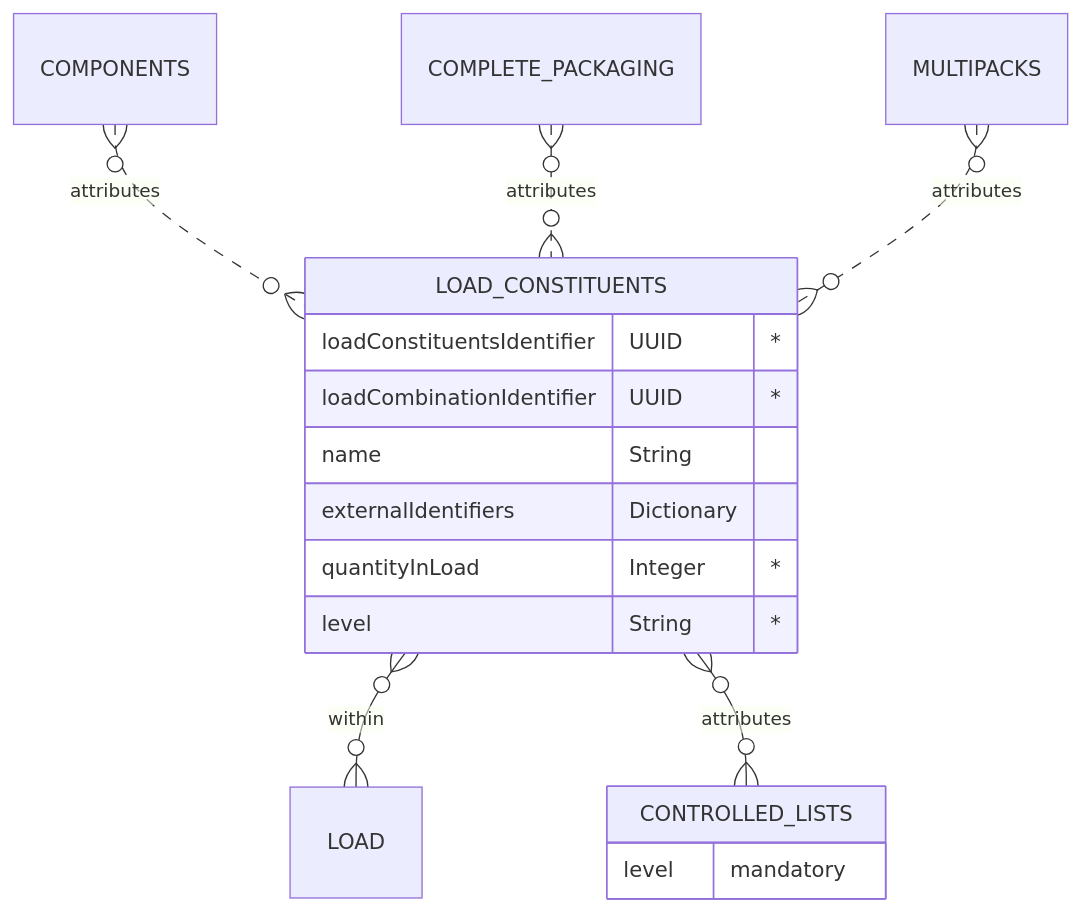
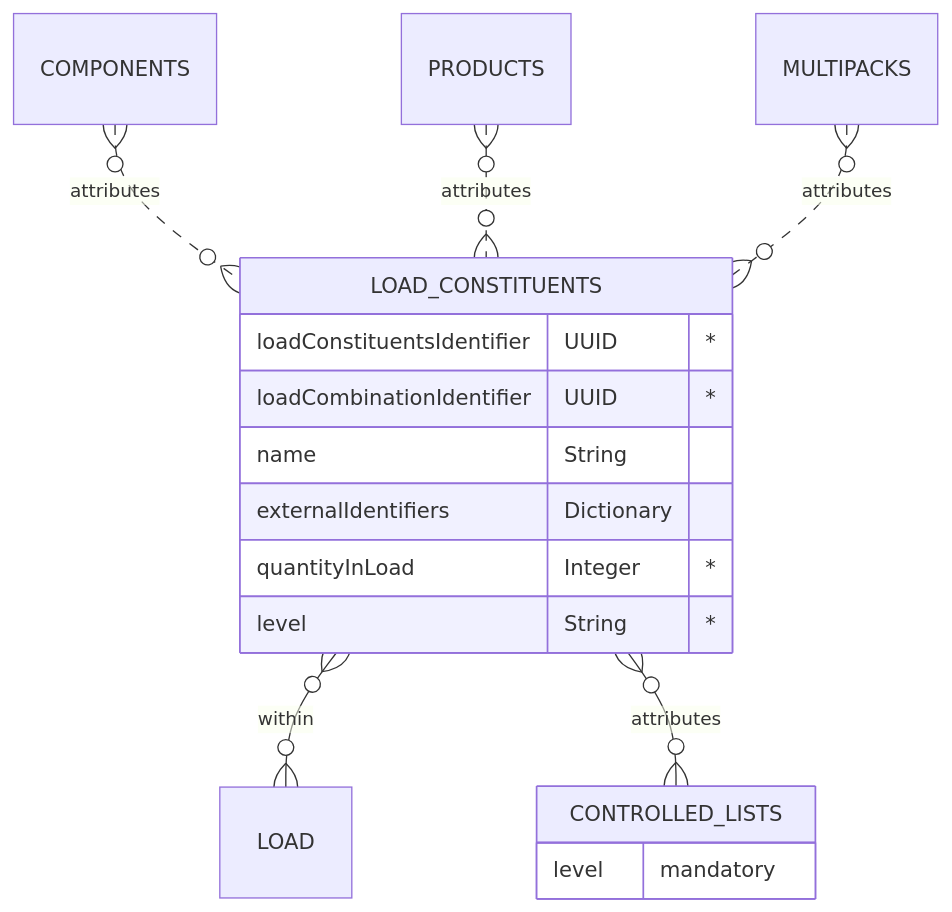
Before and after one commit to OpenDataManchester/OSTFD: the diagram in docs/constituent-lists/load-constituents.md, drawn with Mermaid. The commit also changed other lines of this file and 46 other files, not shown here.

````diff
--- a/docs/constituent-lists/load-constituents.md
+++ b/docs/constituent-lists/load-constituents.md
@@ -22,19 +22,19 @@
 ``` mermaid
 erDiagram
   COMPONENTS }o..o{ LOAD_CONSTITUENTS : attributes
-  COMPLETE_PACKAGING }o..o{ LOAD_CONSTITUENTS : attributes
+  PRODUCTS }o..o{ LOAD_CONSTITUENTS : attributes
   MULTIPACKS }o..o{ LOAD_CONSTITUENTS : attributes
   LOAD_CONSTITUENTS {
     loadConstituentsIdentifier UUID "*"
     loadCombinationIdentifier UUID "*"
     name String
     externalIdentifiers Dictionary
     quantityInLoad Integer "*"
     level String "*"
   }
   LOAD_CONSTITUENTS }o--o{ LOAD : within
   LOAD_CONSTITUENTS }o--o{ CONTROLLED_LISTS : attributes
   CONTROLLED_LISTS {
     level mandatory
   }
 ```
````
